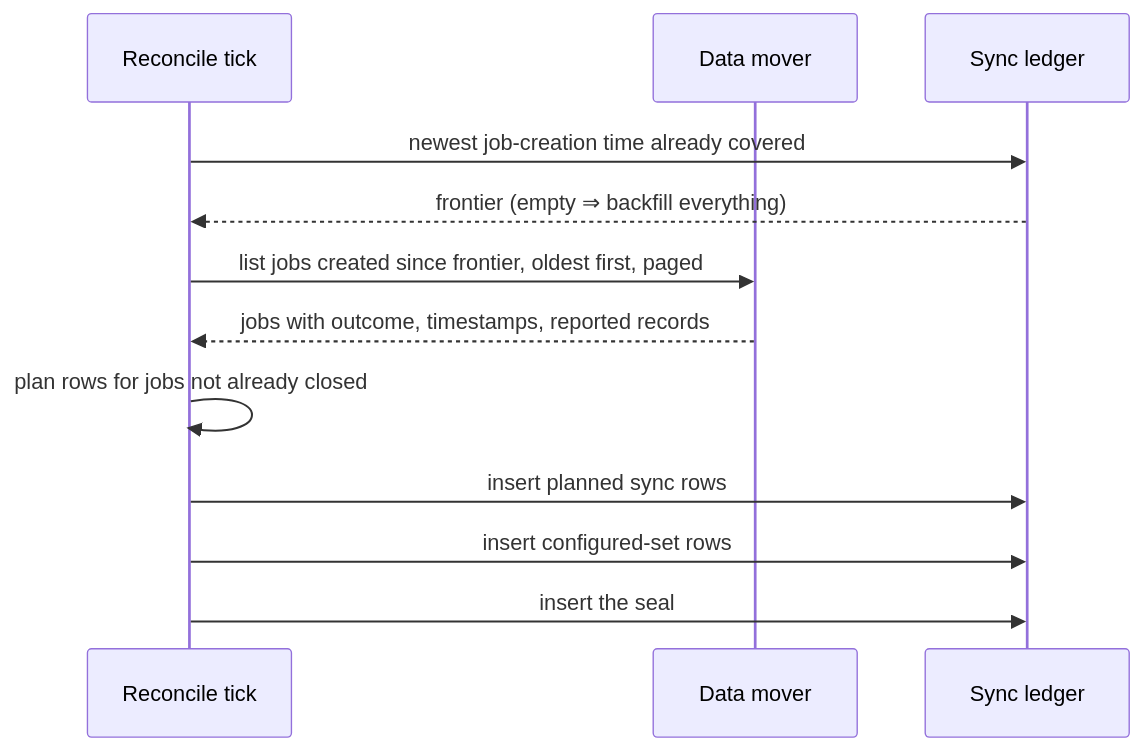
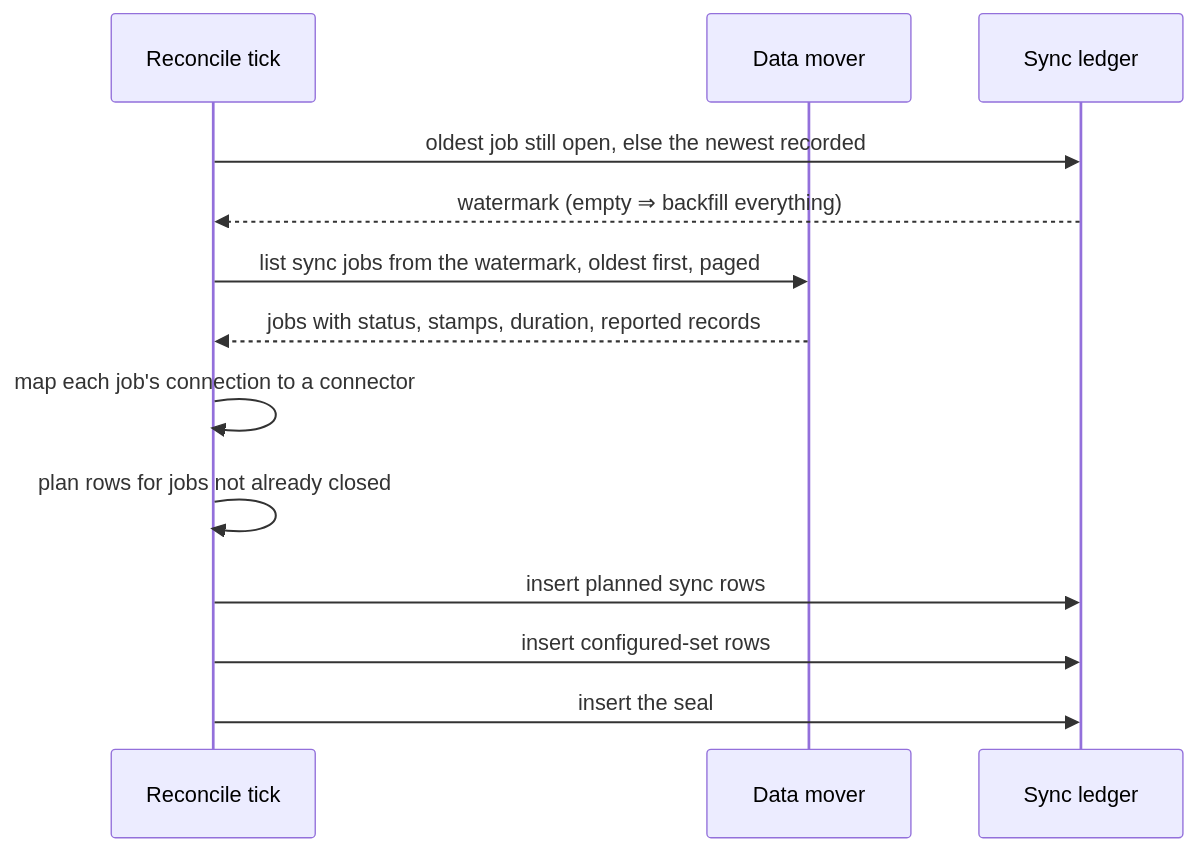
The first of 2 diagrams in docs/components/backend/analytics/specs/connector-health/DESIGN.md (constructorfabric/insight), drawn with Mermaid before and after one commit. The commit also changed other lines of this file and 48 other files, not shown here.

````diff
--- a/docs/components/backend/analytics/specs/connector-health/DESIGN.md
+++ b/docs/components/backend/analytics/specs/connector-health/DESIGN.md
@@ -420,15 +450,16 @@
 ```mermaid
 sequenceDiagram
     participant R as Reconcile tick
     participant M as Data mover
     participant L as Sync ledger
 
-    R->>L: newest job-creation time already covered
-    L-->>R: frontier (empty ⇒ backfill everything)
-    R->>M: list jobs created since frontier, oldest first, paged
-    M-->>R: jobs with outcome, timestamps, reported records
+    R->>L: oldest job still open, else the newest recorded
+    L-->>R: watermark (empty ⇒ backfill everything)
+    R->>M: list sync jobs from the watermark, oldest first, paged
+    M-->>R: jobs with status, stamps, duration, reported records
+    R->>R: map each job's connection to a connector
     R->>R: plan rows for jobs not already closed
     R->>L: insert planned sync rows
     R->>L: insert configured-set rows
     R->>L: insert the seal
 ```
````
